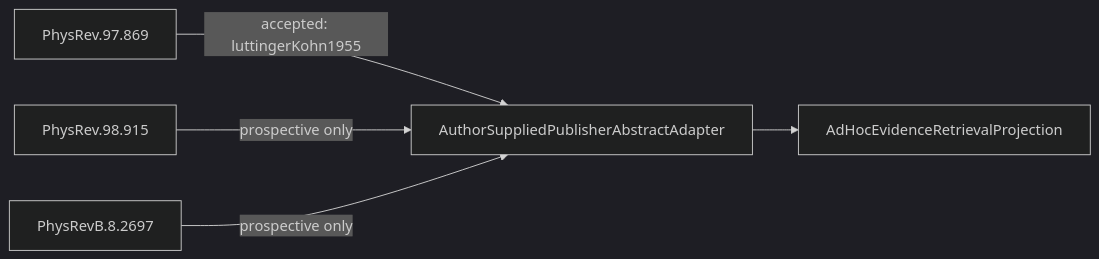
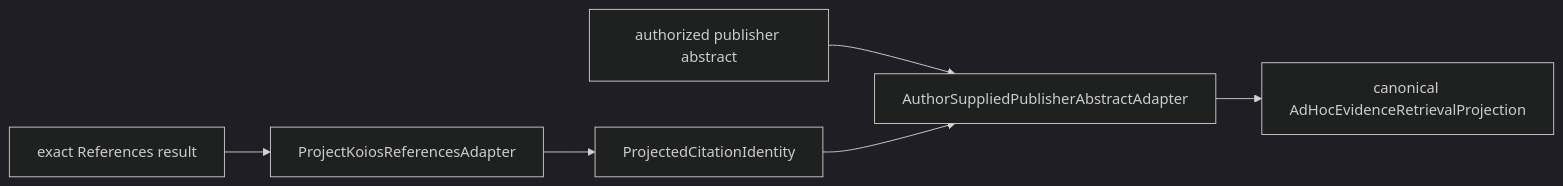
Before and after one commit to eragasa/ksdft2effmass: the diagram in docs/architecture/ksdft2effmass/publications/authoring/adapters/ad_hoc/schematic.md, drawn with Mermaid (dark theme). The commit also changed other lines of this file and 33 other files, not shown here.

Commit message:
Bind abstract authoring to owner citation lineage

````diff
--- a/docs/architecture/ksdft2effmass/publications/authoring/adapters/ad_hoc/schematic.md
+++ b/docs/architecture/ksdft2effmass/publications/authoring/adapters/ad_hoc/schematic.md
@@ -3,7 +3,8 @@
 ```mermaid
 flowchart LR
-    LK["PhysRev.97.869"] -->|"accepted: luttingerKohn1955"| Adapter["AuthorSuppliedPublisherAbstractAdapter"]
-    Donor["PhysRev.98.915"] -->|"prospective only"| Adapter
-    Acceptor["PhysRevB.8.2697"] -->|"prospective only"| Adapter
-    Adapter --> Projection["AdHocEvidenceRetrievalProjection"]
+    Owner["exact References result"] --> Strict["ProjectKoiosReferencesAdapter"]
+    Strict --> Identity["ProjectedCitationIdentity"]
+    Abstract["authorized publisher abstract"] --> Adapter["AuthorSuppliedPublisherAbstractAdapter"]
+    Identity --> Adapter
+    Adapter --> Projection["canonical AdHocEvidenceRetrievalProjection"]
 ```
````
